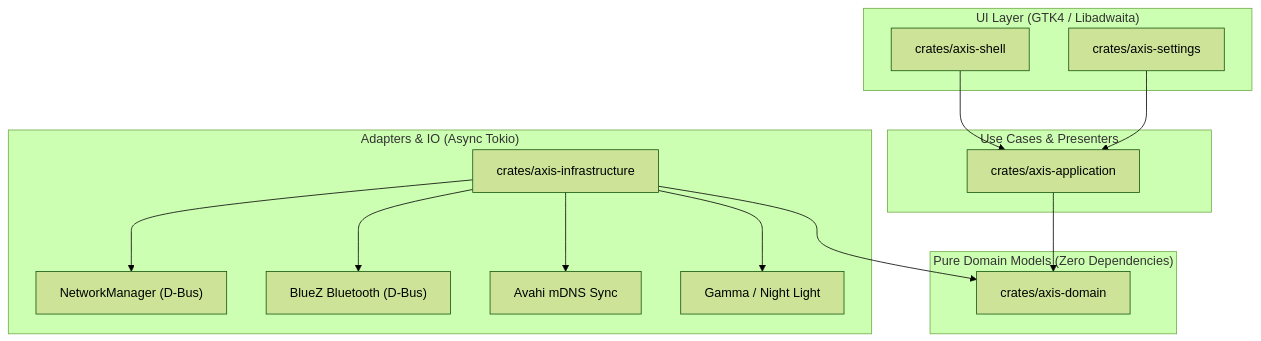
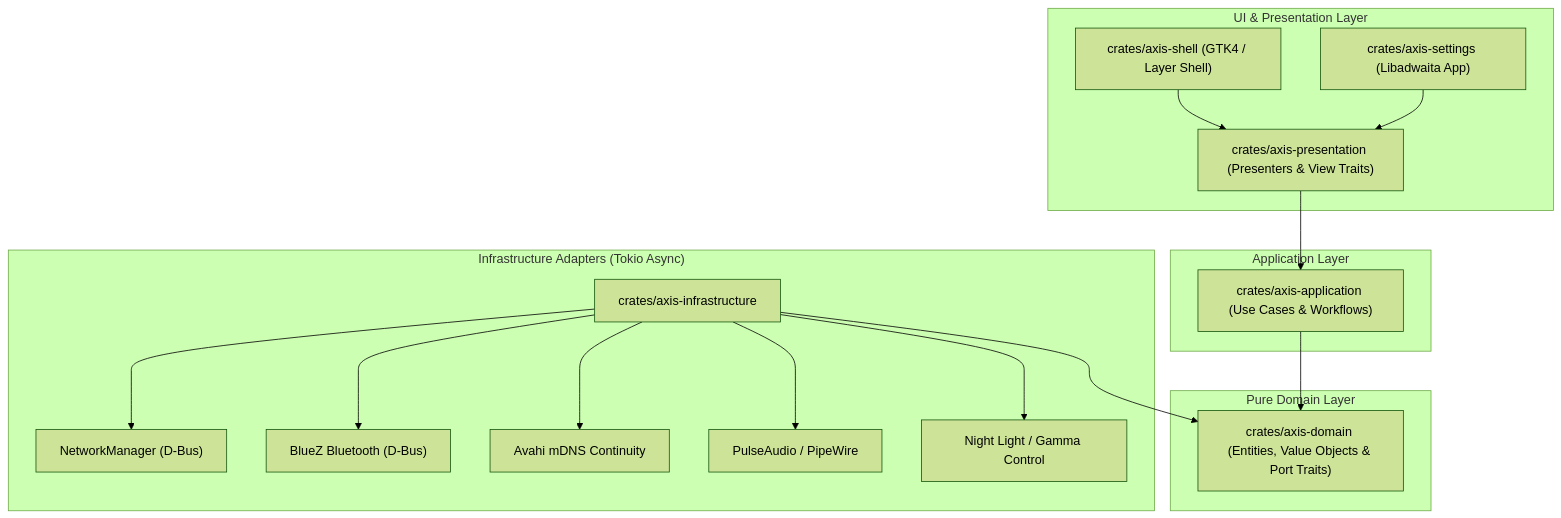
One commit to fleischerdesign/Axis changed the diagram in README.md. Above: the diagram before and after it, drawn with Mermaid (forest theme). The commit also changed other lines of this file, not shown here.

Commit message:
docs: expand README.md with detailed feature matrix, architecture, and NixOS module docs

````diff
--- a/README.md
+++ b/README.md
@@ -26,32 +48,36 @@
 ```mermaid
 graph TD
-    subgraph UI ["UI Layer (GTK4 / Libadwaita)"]
-        Shell["crates/axis-shell"]
-        Settings["crates/axis-settings"]
+    subgraph UI ["UI & Presentation Layer"]
+        Shell["crates/axis-shell (GTK4 / Layer Shell)"]
+        Settings["crates/axis-settings (Libadwaita App)"]
+        Presentation["crates/axis-presentation (Presenters & View Traits)"]
     end
 
-    subgraph Infrastructure ["Adapters & IO (Async Tokio)"]
+    subgraph Infrastructure ["Infrastructure Adapters (Tokio Async)"]
         Infra["crates/axis-infrastructure"]
-        Network["NetworkManager (D-Bus)"]
-        BT["BlueZ Bluetooth (D-Bus)"]
-        Continuity["Avahi mDNS Sync"]
-        NightLight["Gamma / Night Light"]
+        NM["NetworkManager (D-Bus)"]
+        BlueZ["BlueZ Bluetooth (D-Bus)"]
+        Avahi["Avahi mDNS Continuity"]
+        Pulse["PulseAudio / PipeWire"]
+        Night["Night Light / Gamma Control"]
     end
 
-    subgraph Application ["Use Cases & Presenters"]
-        App["crates/axis-application"]
+    subgraph Application ["Application Layer"]
+        App["crates/axis-application (Use Cases & Workflows)"]
     end
 
-    subgraph Domain ["Pure Domain Models (Zero Dependencies)"]
-        Dom["crates/axis-domain"]
+    subgraph Domain ["Pure Domain Layer"]
+        Dom["crates/axis-domain (Entities, Value Objects & Port Traits)"]
     end
 
-    Shell --> App
-    Settings --> App
+    Shell --> Presentation
+    Settings --> Presentation
+    Presentation --> App
     App --> Dom
     Infra --> Dom
-    Infra --> Network
-    Infra --> BT
-    Infra --> Continuity
-    Infra --> NightLight
+    Infra --> NM
+    Infra --> BlueZ
+    Infra --> Avahi
+    Infra --> Pulse
+    Infra --> Night
 ```
````
